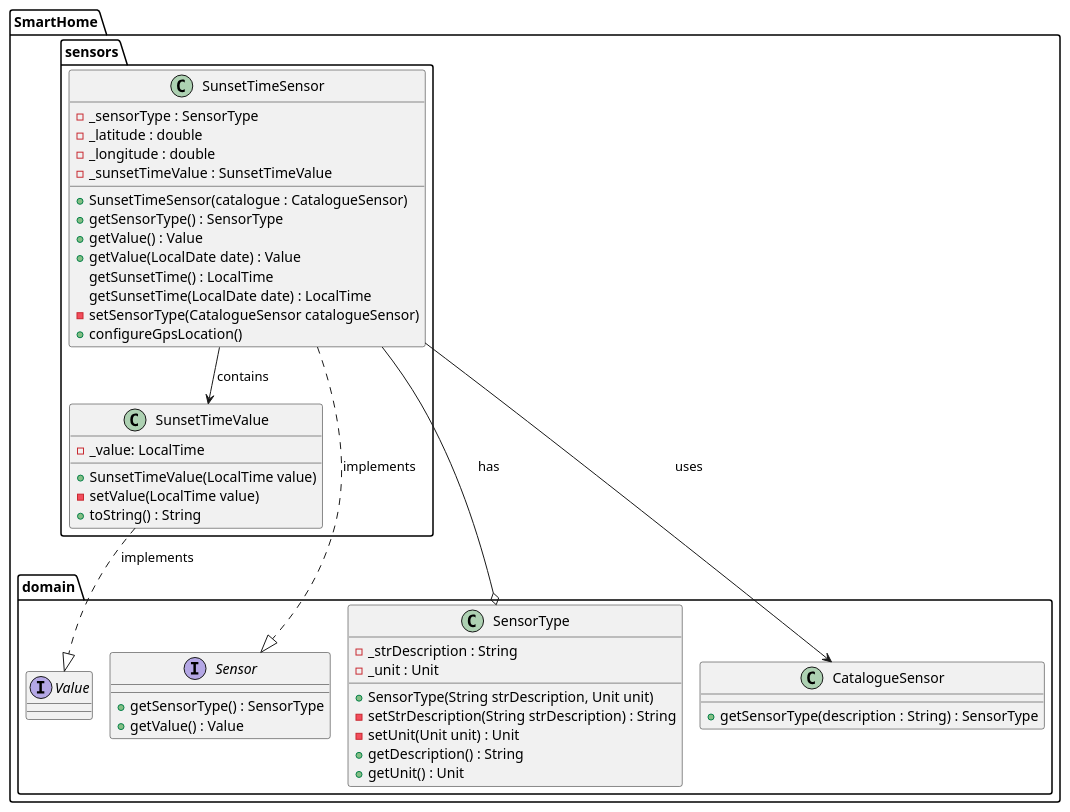
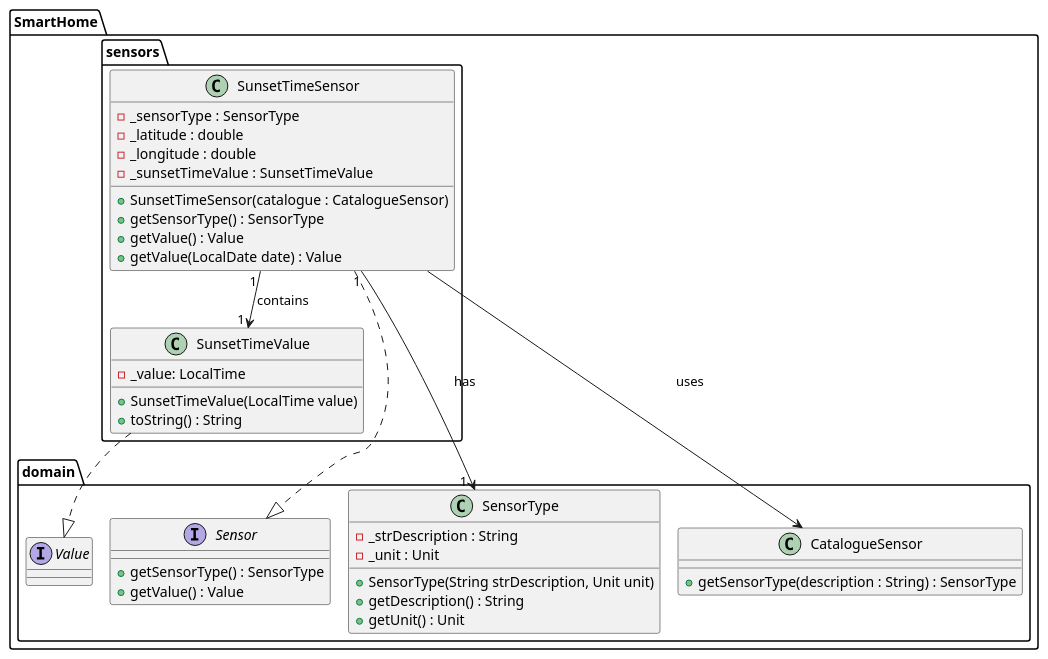
The diagram in docs/ood/classDiagram/US21SunsetTimeSensor.puml (olivDiogo/SmartHome), drawn with PlantUML before and after one commit. The commit also changed 1 other file, not shown here.

Commit message:
#38 removed private methods and updated cardinalities from class diagram

```diff
--- a/docs/ood/classDiagram/US21SunsetTimeSensor.puml
+++ b/docs/ood/classDiagram/US21SunsetTimeSensor.puml
@@ -1,62 +1,55 @@
 @startuml
 !pragma layout smetana
 
 package SmartHome.sensors {
 
   class SunsetTimeSensor {
     - _sensorType : SensorType
     - _latitude : double
     - _longitude : double
     - _sunsetTimeValue : SunsetTimeValue
     + SunsetTimeSensor(catalogue : CatalogueSensor)
     + getSensorType() : SensorType
     + getValue() : Value
     + getValue(LocalDate date) : Value
-      getSunsetTime() : LocalTime
-      getSunsetTime(LocalDate date) : LocalTime
-    - setSensorType(CatalogueSensor catalogueSensor)
-    + configureGpsLocation()
   }
 
   class SunsetTimeValue {
     - _value: LocalTime
     + SunsetTimeValue(LocalTime value)
-    - setValue(LocalTime value)
     + toString() : String
   }
 
 }
 
 package SmartHome.domain {
 
   interface Sensor {
     + getSensorType() : SensorType
     + getValue() : Value
   }
 
   class SensorType {
     - _strDescription : String
     - _unit : Unit
     + SensorType(String strDescription, Unit unit)
-    - setStrDescription(String strDescription) : String
-    - setUnit(Unit unit) : Unit
     + getDescription() : String
     + getUnit() : Unit
   }
 
   interface Value {
   }
 
   class CatalogueSensor {
     + getSensorType(description : String) : SensorType
   }
 
 }
 
-SmartHome.sensors.SunsetTimeSensor ..|> SmartHome.domain.Sensor: implements
-SmartHome.sensors.SunsetTimeSensor --o SmartHome.domain.SensorType : has
-SmartHome.sensors.SunsetTimeSensor --> SmartHome.sensors.SunsetTimeValue : contains
+SmartHome.sensors.SunsetTimeSensor ..|> SmartHome.domain.Sensor
+SmartHome.sensors.SunsetTimeSensor "1"-->"1  "SmartHome.domain.SensorType : has
+SmartHome.sensors.SunsetTimeSensor "1 "--> "1 " SmartHome.sensors.SunsetTimeValue : contains
 SmartHome.sensors.SunsetTimeSensor --> SmartHome.domain.CatalogueSensor: uses
-SmartHome.sensors.SunsetTimeValue ..|> SmartHome.domain.Value: implements
+SmartHome.sensors.SunsetTimeValue ..|> SmartHome.domain.Value
 
 @enduml
```
